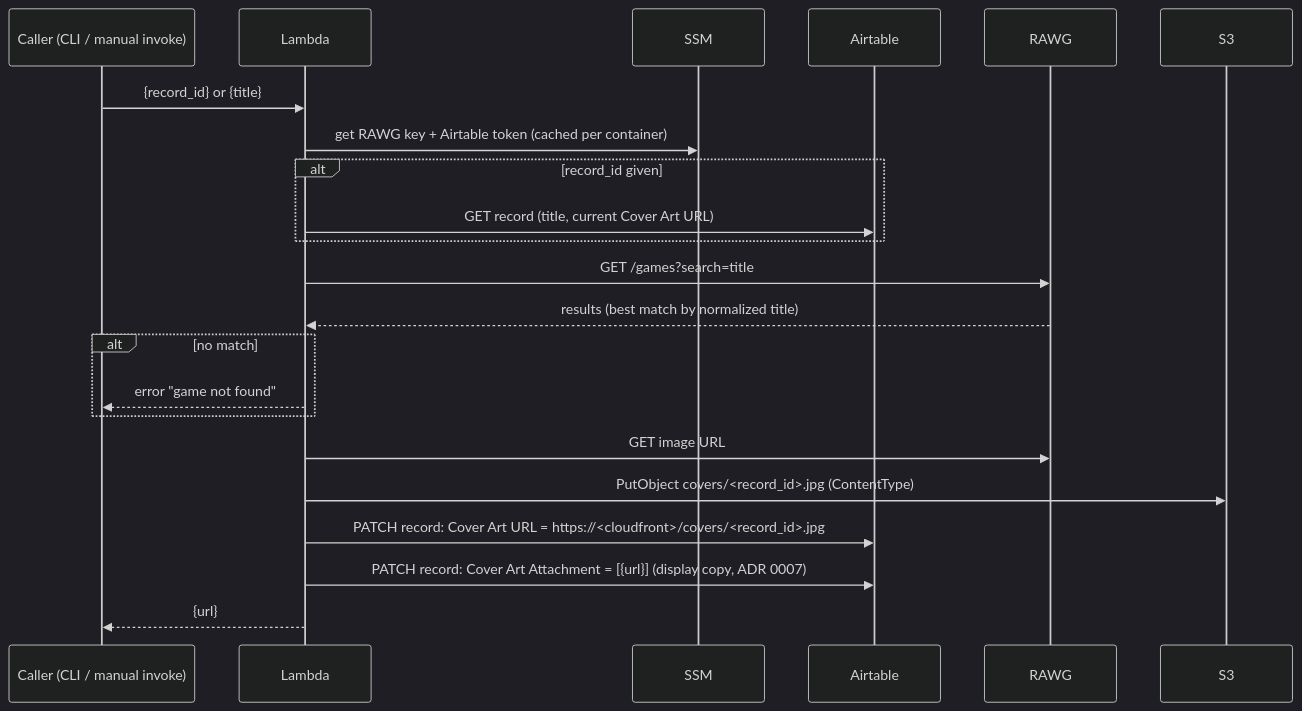
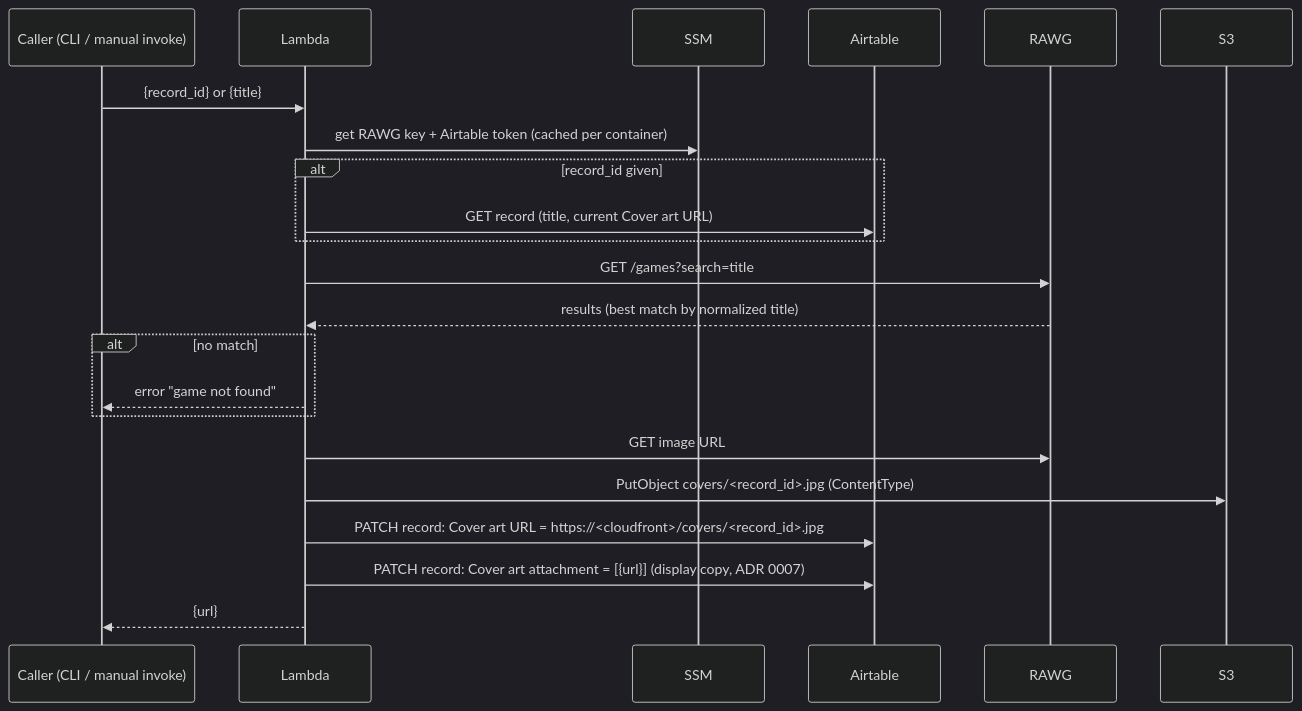
One commit to gratiosoft/learning-projects changed the third of 4 diagrams in game-collection-tracker/docs/architecture.md. Above: the diagram before and after it, drawn with Mermaid (dark theme). The commit also changed other lines of this file and 19 other files, not shown here.

Commit message:
fix(game-collection-tracker): match real airtable schema and tighten rawg matching

````diff
--- a/game-collection-tracker/docs/architecture.md
+++ b/game-collection-tracker/docs/architecture.md
@@ -62,24 +62,24 @@
 ```mermaid
 sequenceDiagram
     participant C as Caller (CLI / manual invoke)
     participant L as Lambda
     participant P as SSM
     participant A as Airtable
     participant R as RAWG
     participant S as S3
     C->>L: {record_id} or {title}
     L->>P: get RAWG key + Airtable token (cached per container)
     alt record_id given
-        L->>A: GET record (title, current Cover Art URL)
+        L->>A: GET record (title, current Cover art URL)
     end
     L->>R: GET /games?search=title
     R-->>L: results (best match by normalized title)
     alt no match
         L-->>C: error "game not found"
     end
     L->>R: GET image URL
     L->>S: PutObject covers/<record_id>.jpg (ContentType)
-    L->>A: PATCH record: Cover Art URL = https://<cloudfront>/covers/<record_id>.jpg
-    L->>A: PATCH record: Cover Art Attachment = [{url}] (display copy, ADR 0007)
+    L->>A: PATCH record: Cover art URL = https://<cloudfront>/covers/<record_id>.jpg
+    L->>A: PATCH record: Cover art attachment = [{url}] (display copy, ADR 0007)
     L-->>C: {url}
 ```
````
